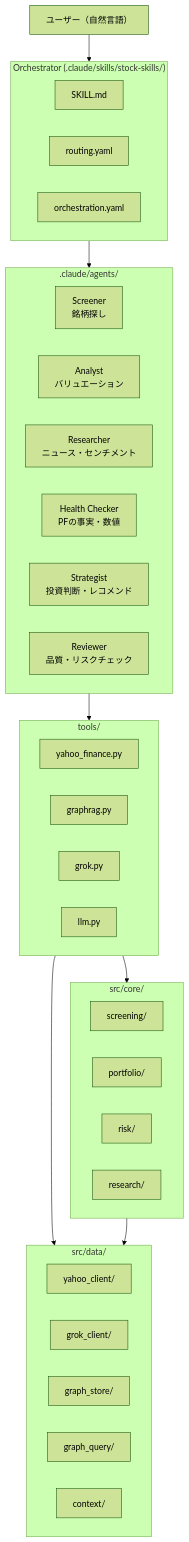
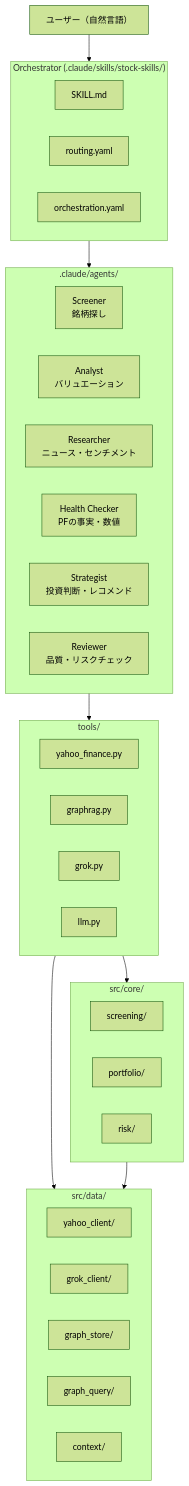
The diagram in docs/architecture.md (kiyotoab-bot/stock_skills_2), drawn with Mermaid (forest theme) before and after one commit. The commit also changed 5 other files, not shown here.

First line of the commit message:
Fix stale imports and dead references from old architecture (KIK-659)

````diff
--- a/docs/architecture.md
+++ b/docs/architecture.md
@@ -14,48 +14,47 @@
 ```mermaid
 graph TD
     User["ユーザー（自然言語）"]
 
     subgraph Orchestrator["Orchestrator (.claude/skills/stock-skills/)"]
         SKILL["SKILL.md"]
         ROUTE["routing.yaml"]
         ORCH["orchestration.yaml"]
     end
 
     subgraph Agents[".claude/agents/"]
         SCR["Screener<br/>銘柄探し"]
         ANA["Analyst<br/>バリュエーション"]
         RES["Researcher<br/>ニュース・センチメント"]
         HC["Health Checker<br/>PFの事実・数値"]
         STR["Strategist<br/>投資判断・レコメンド"]
         REV["Reviewer<br/>品質・リスクチェック"]
     end
 
     subgraph Tools["tools/"]
         YF["yahoo_finance.py"]
         GR["graphrag.py"]
         GK["grok.py"]
         LLM["llm.py"]
     end
 
     subgraph Core["src/core/"]
         SC["screening/"]
         PF["portfolio/"]
         RK["risk/"]
-        RS["research/"]
     end
 
     subgraph Data["src/data/"]
         YC["yahoo_client/"]
         GC["grok_client/"]
         GS["graph_store/"]
         GQ["graph_query/"]
         CTX["context/"]
     end
 
     User --> Orchestrator
     Orchestrator --> Agents
     Agents --> Tools
     Tools --> Core
     Tools --> Data
     Core --> Data
 ```
````
